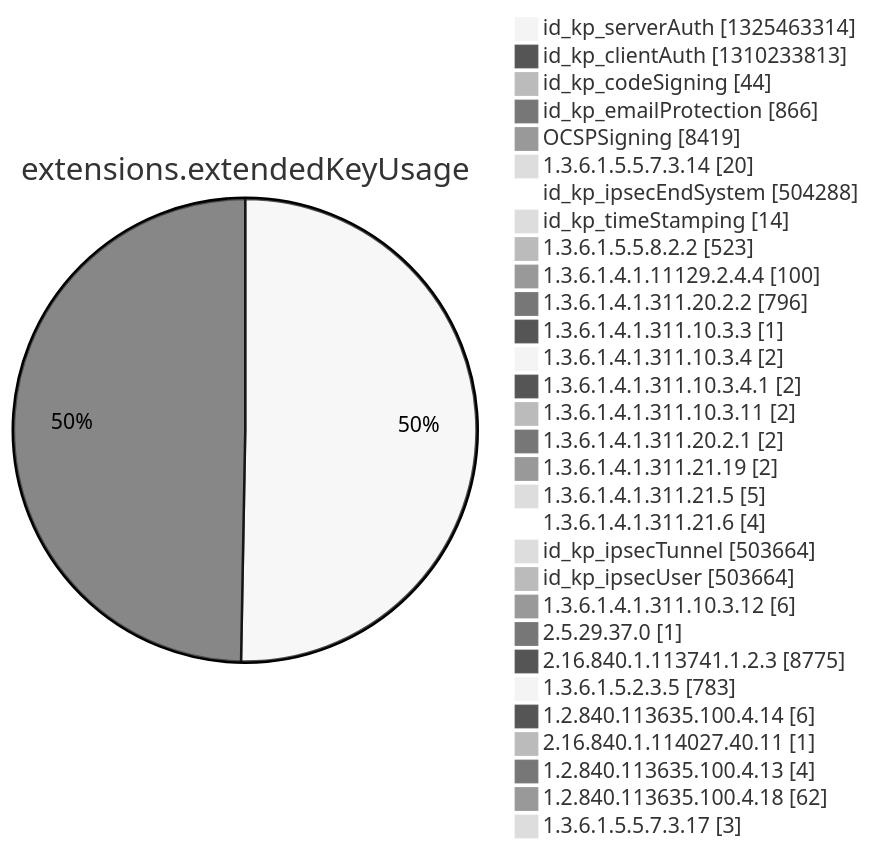
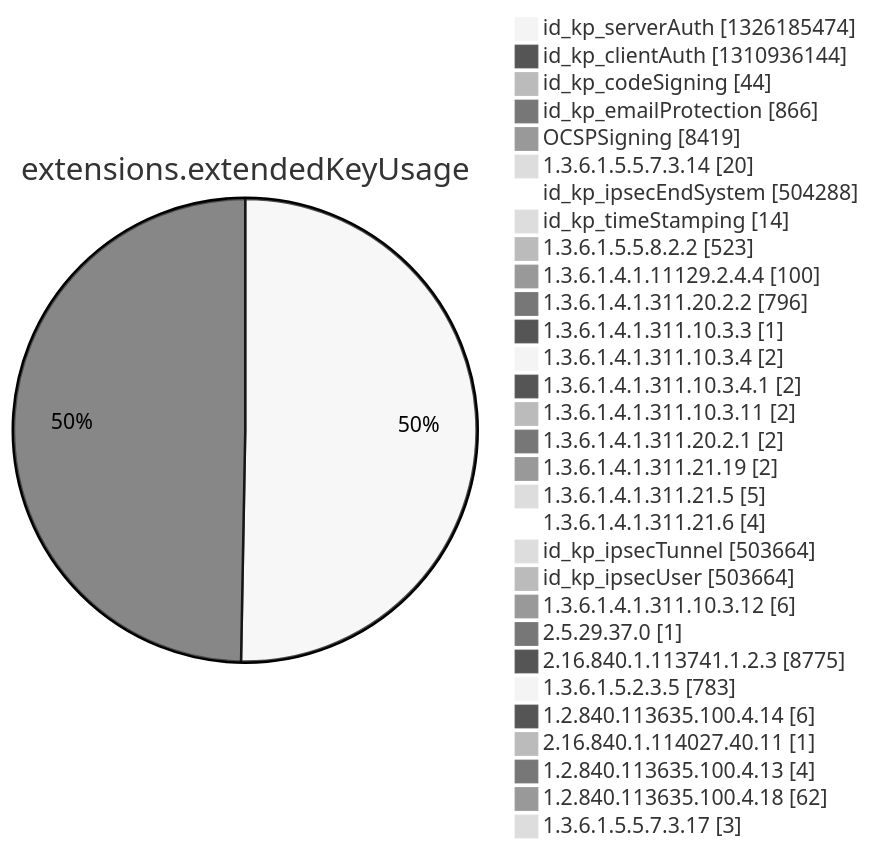
Before and after one commit to christiankrug/ctmonitor_visualization: diagram 12 of 15 in argon2022/README.md, drawn with Mermaid (neutral theme). The commit also changed other lines of this file, not shown here.

````diff
--- a/argon2022/README.md
+++ b/argon2022/README.md
@@ -3553,34 +3553,34 @@
 ```mermaid
 pie showData
 title extensions.extendedKeyUsage
-"id_kp_serverAuth" :1325463314
-"id_kp_clientAuth" :1310233813
+"id_kp_serverAuth" :1326185474
+"id_kp_clientAuth" :1310936144
 "id_kp_codeSigning" :44
 "id_kp_emailProtection" :866
 "OCSPSigning" :8419
 "1.3.6.1.5.5.7.3.14" :20
 "id_kp_ipsecEndSystem" :504288
 "id_kp_timeStamping" :14
 "1.3.6.1.5.5.8.2.2" :523
 "1.3.6.1.4.1.11129.2.4.4" :100
 "1.3.6.1.4.1.311.20.2.2" :796
 "1.3.6.1.4.1.311.10.3.3" :1
 "1.3.6.1.4.1.311.10.3.4" :2
 "1.3.6.1.4.1.311.10.3.4.1" :2
 "1.3.6.1.4.1.311.10.3.11" :2
 "1.3.6.1.4.1.311.20.2.1" :2
 "1.3.6.1.4.1.311.21.19" :2
 "1.3.6.1.4.1.311.21.5" :5
 "1.3.6.1.4.1.311.21.6" :4
 "id_kp_ipsecTunnel" :503664
 "id_kp_ipsecUser" :503664
 "1.3.6.1.4.1.311.10.3.12" :6
 "2.5.29.37.0" :1
 "2.16.840.1.113741.1.2.3" :8775
 "1.3.6.1.5.2.3.5" :783
 "1.2.840.113635.100.4.14" :6
 "2.16.840.1.114027.40.11" :1
 "1.2.840.113635.100.4.13" :4
 "1.2.840.113635.100.4.18" :62
 "1.3.6.1.5.5.7.3.17" :3
 ```
````
